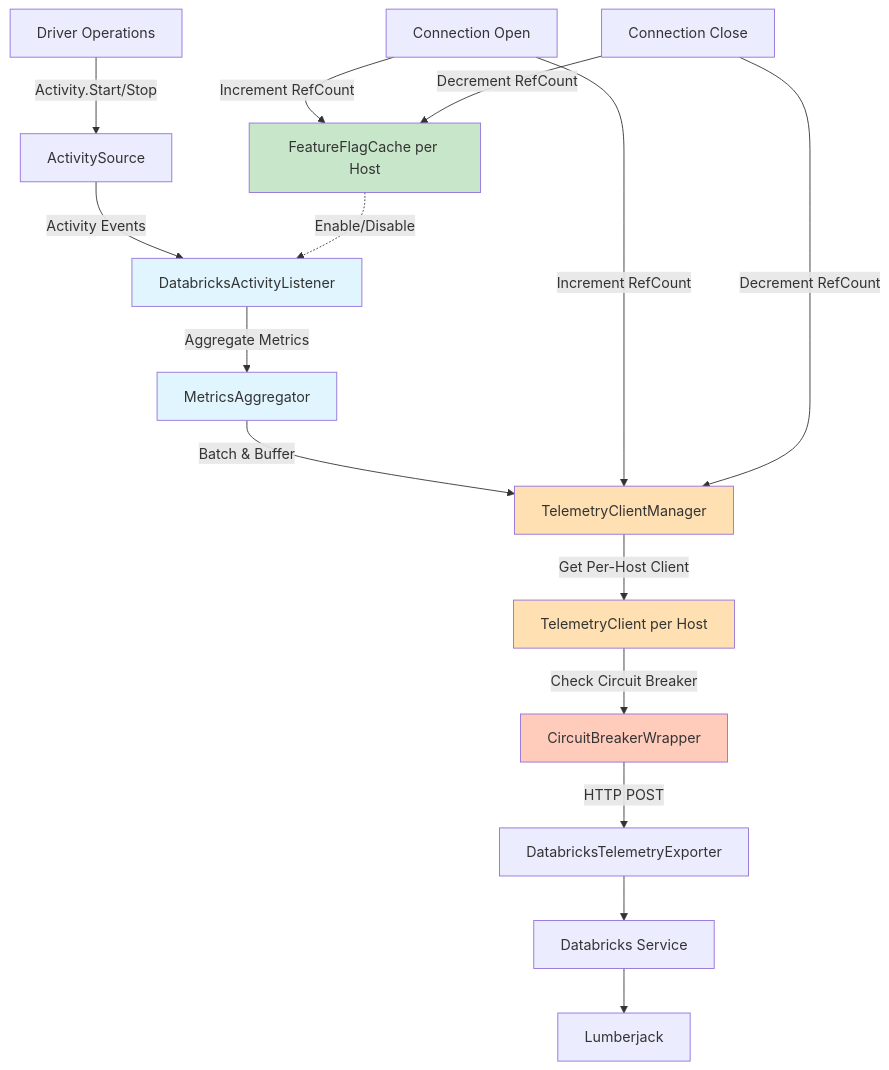
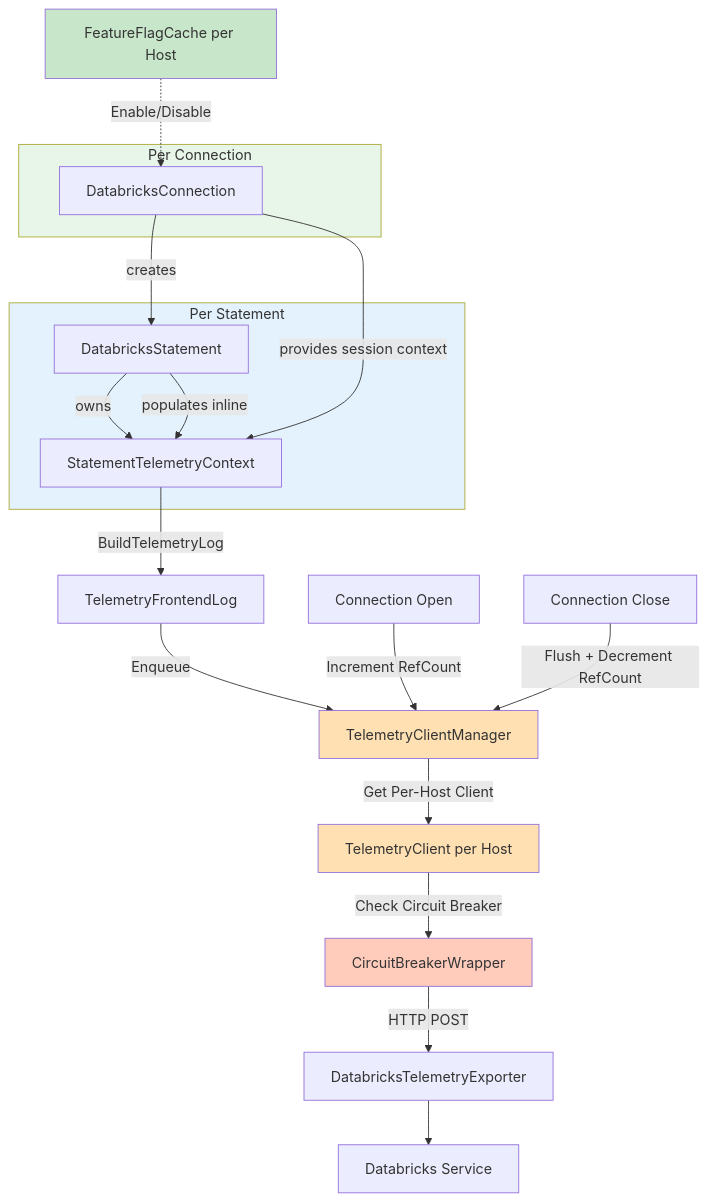
The first of 18 diagrams in csharp/doc/telemetry-design.md (adbc-drivers/databricks), drawn with Mermaid before and after one commit. The commit also changed other lines of this file and 3 other files, not shown here.

````diff
--- a/csharp/doc/telemetry-design.md
+++ b/csharp/doc/telemetry-design.md
@@ -108,25 +109,31 @@
 ```mermaid
 graph TB
-    A[Driver Operations] -->|Activity.Start/Stop| B[ActivitySource]
-    B -->|Activity Events| C[DatabricksActivityListener]
-    C -->|Aggregate Metrics| D[MetricsAggregator]
-    D -->|Batch & Buffer| E[TelemetryClientManager]
-    E -->|Get Per-Host Client| F[TelemetryClient per Host]
+    subgraph PerStatement["Per Statement"]
+        DS[DatabricksStatement] -->|owns| STC[StatementTelemetryContext]
+        DS -->|populates inline| STC
+    end
+
+    subgraph PerConnection["Per Connection"]
+        DC[DatabricksConnection] -->|creates| DS
+        DC -->|provides session context| STC
+    end
+
+    STC -->|BuildTelemetryLog| FE[TelemetryFrontendLog]
+    FE -->|Enqueue| E
+
+    E[TelemetryClientManager] -->|Get Per-Host Client| F[TelemetryClient per Host]
     F -->|Check Circuit Breaker| G[CircuitBreakerWrapper]
     G -->|HTTP POST| H[DatabricksTelemetryExporter]
     H --> I[Databricks Service]
-    I --> J[Lumberjack]
 
-    K[FeatureFlagCache per Host] -.->|Enable/Disable| C
+    K[FeatureFlagCache per Host] -.->|Enable/Disable| DC
     L[Connection Open] -->|Increment RefCount| E
-    L -->|Increment RefCount| K
-    M[Connection Close] -->|Decrement RefCount| E
-    M -->|Decrement RefCount| K
+    M[Connection Close] -->|Flush + Decrement RefCount| E
 
-    style C fill:#e1f5fe
-    style D fill:#e1f5fe
+    style PerStatement fill:#e3f2fd
+    style PerConnection fill:#e8f5e9
     style E fill:#ffe0b2
     style F fill:#ffe0b2
     style G fill:#ffccbc
     style K fill:#c8e6c9
 ```
````
